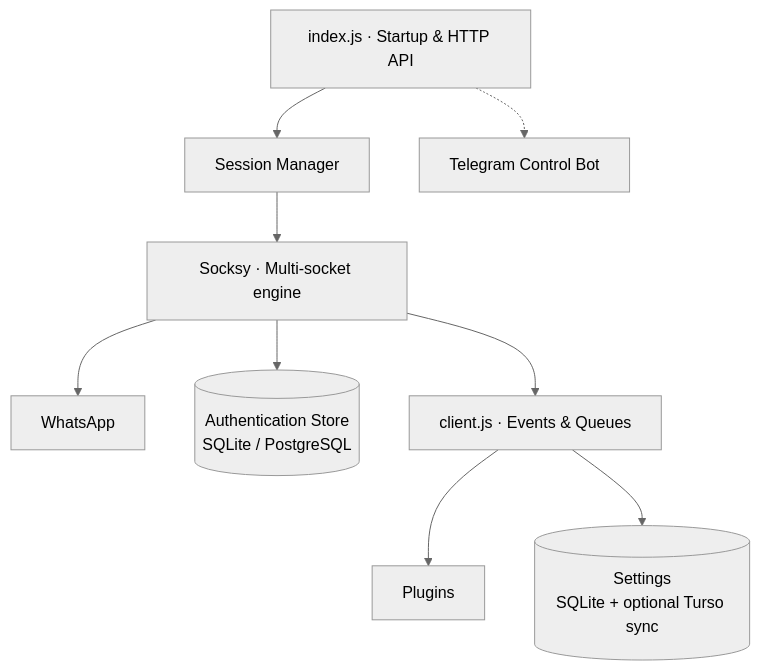
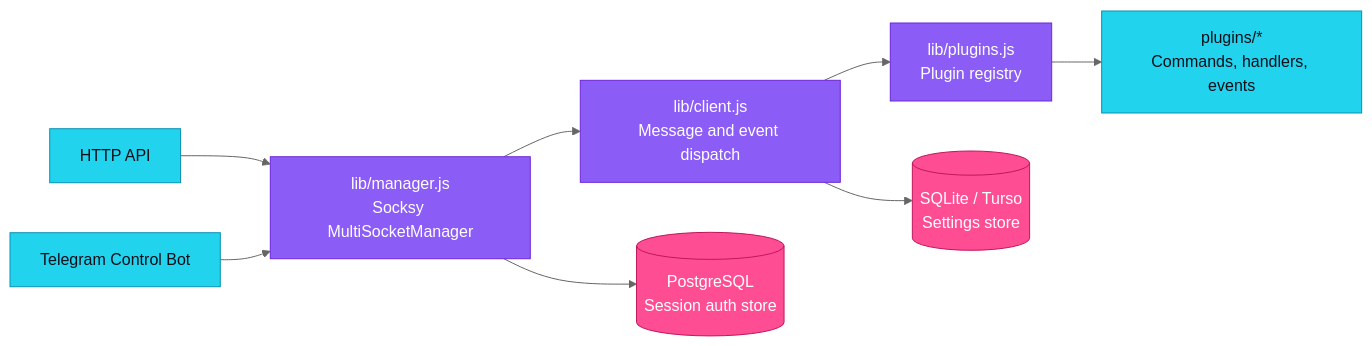
Before and after one commit to RAHIOFFCIALS506/RAHIXMD: the diagram in README.md, drawn with Mermaid (neutral theme). The commit also changed other lines of this file, not shown here.

````diff
--- a/README.md
+++ b/README.md
@@ -122,11 +84,17 @@
 ```mermaid
-flowchart TD
-  A["index.js · Startup & HTTP API"] --> B["Session Manager"]
-  B --> C["Socksy · Multi-socket engine"]
-  C --> D["WhatsApp"]
-  C --> E[("Authentication Store<br/>SQLite / PostgreSQL")]
-  C --> F["client.js · Events & Queues"]
-  F --> G["Plugins"]
-  F --> H[("Settings<br/>SQLite + optional Turso sync")]
-  A -.-> I["Telegram Control Bot"]
+flowchart LR
+    A[HTTP API] --> M
+    T[Telegram Control Bot] --> M
+    M["lib/manager.js<br/>Socksy MultiSocketManager"] --> C["lib/client.js<br/>Message and event dispatch"]
+    C --> P["lib/plugins.js<br/>Plugin registry"]
+    P --> PL["plugins/*<br/>Commands, handlers, events"]
+    M --> PG[("PostgreSQL<br/>Session auth store")]
+    C --> SQ[("SQLite / Turso<br/>Settings store")]
+
+    classDef core fill:#8b5cf6,stroke:#6d28d9,color:#ffffff;
+    classDef edge fill:#22d3ee,stroke:#0891b2,color:#0f0f1a;
+    classDef store fill:#ff4d94,stroke:#be185d,color:#ffffff;
+    class M,C,P core;
+    class A,T,PL edge;
+    class PG,SQ store;
 ```
````
